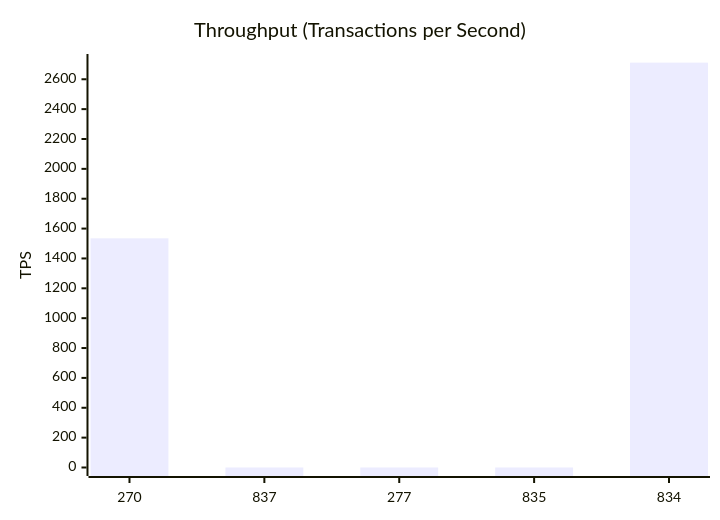
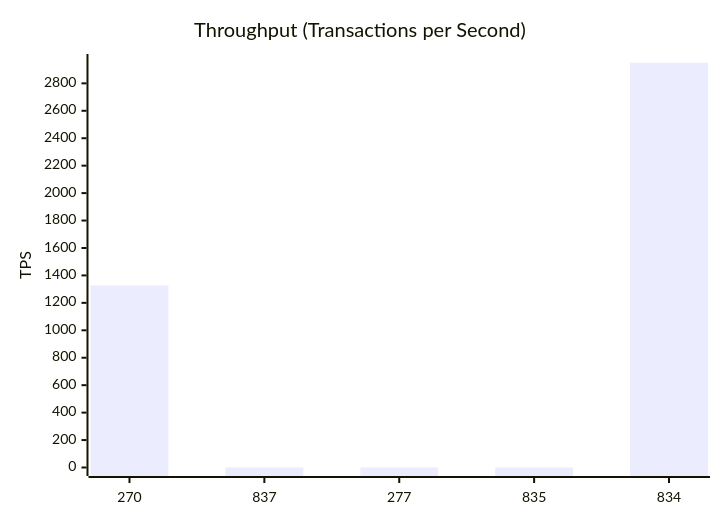
The third of 11 diagrams in test-tools/DataGen/src/Statistics_Visualizer.md (dhagan-va/intern-2025), drawn with Mermaid before and after one commit. The commit also changed other lines of this file and 2 other files, not shown here.

````diff
--- a/test-tools/DataGen/src/Statistics_Visualizer.md
+++ b/test-tools/DataGen/src/Statistics_Visualizer.md
@@ -40,7 +40,7 @@
 ```mermaid
 xychart-beta
     title "Throughput (Transactions per Second)"
     x-axis ["270", "837", "277", "835", "834"]
-    y-axis "TPS" 0 --> 2712.220395501749
-    bar [1534.8741108061042, 0.0, 0.0, 0.0, 2711.220395501749]
+    y-axis "TPS" 0 --> 2951.931607672566
+    bar [1326.829268292683, 0.0, 0.0, 0.0, 2950.931607672566]
 ```
````
